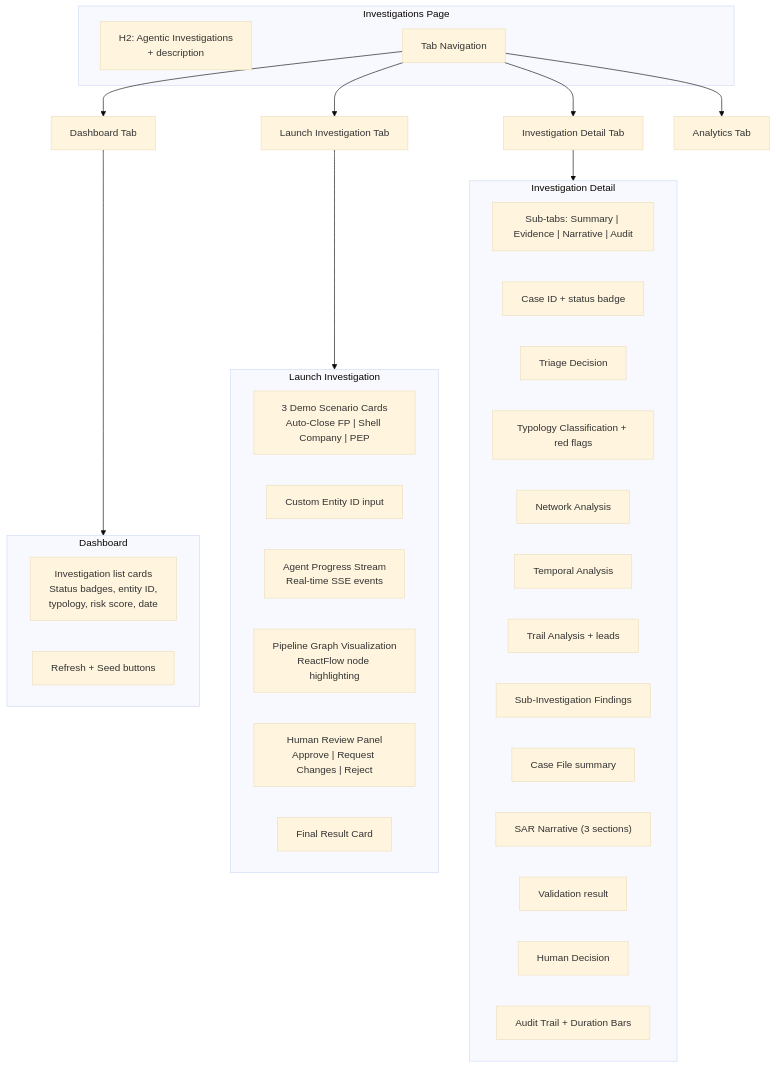
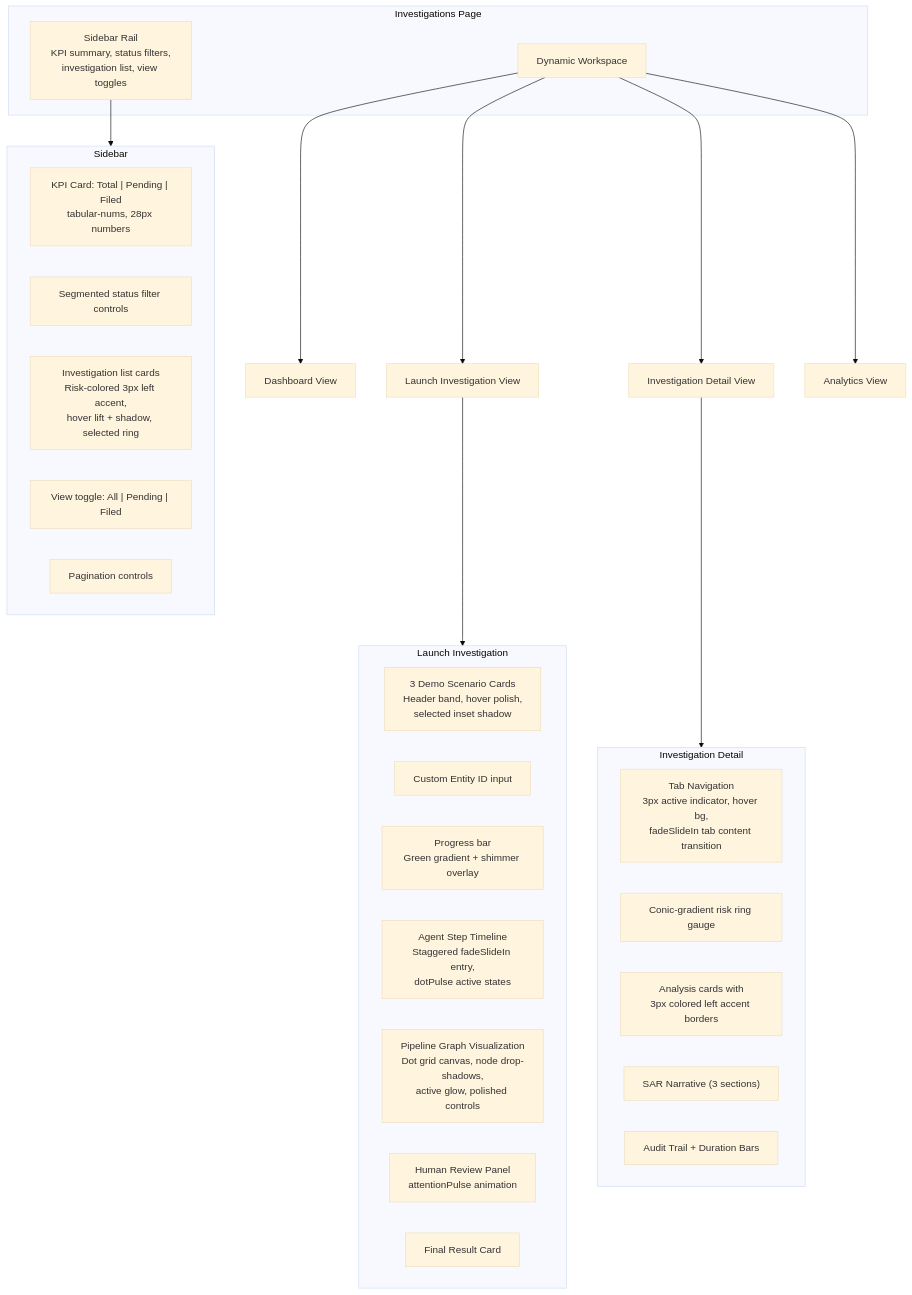
Diagram 14 of 19 in docs/AGENTIC_INVESTIGATION_PIPELINE.md (mongodb-industry-solutions/fsi-aml-fraud-detection), drawn with Mermaid (base theme) before and after one commit. The commit also changed other lines of this file and 2 other files, not shown here.

First line of the commit message:
update documentation for agentic investigations UI

````diff
--- a/docs/AGENTIC_INVESTIGATION_PIPELINE.md
+++ b/docs/AGENTIC_INVESTIGATION_PIPELINE.md
@@ -1186,46 +1186,42 @@
 ```mermaid
 flowchart TB
     subgraph Page["Investigations Page"]
-        Header["H2: Agentic Investigations<br/>+ description"]
-        Tabs["Tab Navigation"]
+        Sidebar["Sidebar Rail<br/>KPI summary, status filters,<br/>investigation list, view toggles"]
+        Workspace["Dynamic Workspace"]
     end
 
-    Tabs --> T1["Dashboard Tab"]
-    Tabs --> T2["Launch Investigation Tab"]
-    Tabs --> T3["Investigation Detail Tab"]
-    Tabs --> T4["Analytics Tab"]
+    Workspace --> T1["Dashboard View"]
+    Workspace --> T2["Launch Investigation View"]
+    Workspace --> T3["Investigation Detail View"]
+    Workspace --> T4["Analytics View"]
 
-    subgraph T1Detail["Dashboard"]
-        List["Investigation list cards<br/>Status badges, entity ID,<br/>typology, risk score, date"]
-        Actions["Refresh + Seed buttons"]
+    subgraph SidebarDetail["Sidebar"]
+        KPIs["KPI Card: Total | Pending | Filed<br/>tabular-nums, 28px numbers"]
+        Filters["Segmented status filter controls"]
+        List["Investigation list cards<br/>Risk-colored 3px left accent,<br/>hover lift + shadow, selected ring"]
+        ViewToggle["View toggle: All | Pending | Filed"]
+        Pagination["Pagination controls"]
     end
 
     subgraph T2Detail["Launch Investigation"]
-        Demos["3 Demo Scenario Cards<br/>Auto-Close FP | Shell Company | PEP"]
+        Demos["3 Demo Scenario Cards<br/>Header band, hover polish,<br/>selected inset shadow"]
         Custom["Custom Entity ID input"]
-        Stream["Agent Progress Stream<br/>Real-time SSE events"]
-        Pipeline["Pipeline Graph Visualization<br/>ReactFlow node highlighting"]
-        Review["Human Review Panel<br/>Approve | Request Changes | Reject"]
+        Progress["Progress bar<br/>Green gradient + shimmer overlay"]
+        Stream["Agent Step Timeline<br/>Staggered fadeSlideIn entry,<br/>dotPulse active states"]
+        Pipeline["Pipeline Graph Visualization<br/>Dot grid canvas, node drop-shadows,<br/>active glow, polished controls"]
+        Review["Human Review Panel<br/>attentionPulse animation"]
         Result["Final Result Card"]
     end
 
     subgraph T3Detail["Investigation Detail"]
-        SubTabs["Sub-tabs: Summary | Evidence | Narrative | Audit"]
-        CaseHeader["Case ID + status badge"]
-        TriageCard["Triage Decision"]
-        TypologyCard["Typology Classification + red flags"]
-        NetworkCard["Network Analysis"]
-        TemporalCard["Temporal Analysis"]
-        TrailCard["Trail Analysis + leads"]
-        SubInvCard["Sub-Investigation Findings"]
-        CaseFileCard["Case File summary"]
+        TabNav["Tab Navigation<br/>3px active indicator, hover bg,<br/>fadeSlideIn tab content transition"]
+        RiskGauge["Conic-gradient risk ring gauge"]
+        AnalysisCards["Analysis cards with<br/>3px colored left accent borders"]
         NarrativeCard["SAR Narrative (3 sections)"]
-        ValidationCard["Validation result"]
-        HumanCard["Human Decision"]
         AuditCard["Audit Trail + Duration Bars"]
     end
 
-    T1 --> T1Detail
+    Sidebar --> SidebarDetail
     T2 --> T2Detail
     T3 --> T3Detail
 ```
````
